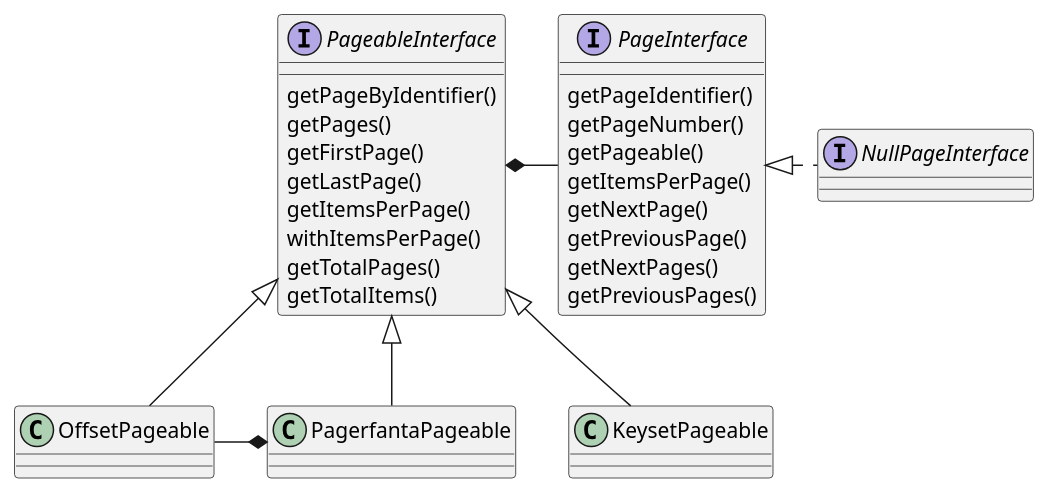
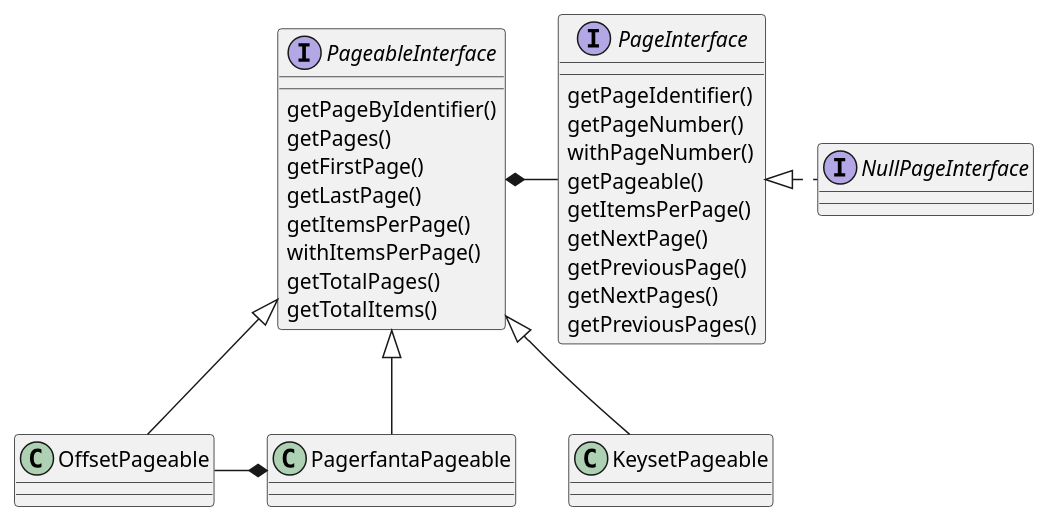
The diagram in static-src/diagrams/rekapager-pageable.wsd (rekalogika/rekalogika.dev), drawn with PlantUML before and after one commit.

```diff
--- a/static-src/diagrams/rekapager-pageable.wsd
+++ b/static-src/diagrams/rekapager-pageable.wsd
@@ -1,40 +1,41 @@
 @startuml rekapager-pageable
 
 interface PageableInterface {
     getPageByIdentifier()
     getPages()
     getFirstPage()
     getLastPage()
     getItemsPerPage()
     withItemsPerPage()
     getTotalPages()
     getTotalItems()
 }
 
 interface PageInterface {
     getPageIdentifier()
     getPageNumber()
+    withPageNumber()
     getPageable()
     getItemsPerPage()
     getNextPage()
     getPreviousPage()
     getNextPages()
     getPreviousPages()
 }
 
 interface NullPageInterface
 
 PageableInterface *- PageInterface
 PageInterface <|. NullPageInterface
 
 class KeysetPageable
 PageableInterface <|-- KeysetPageable
 
 class OffsetPageable
 PageableInterface <|-- OffsetPageable
 
 class PagerfantaPageable
 PageableInterface <|-- PagerfantaPageable
 OffsetPageable -* PagerfantaPageable
 
 @enduml
```
